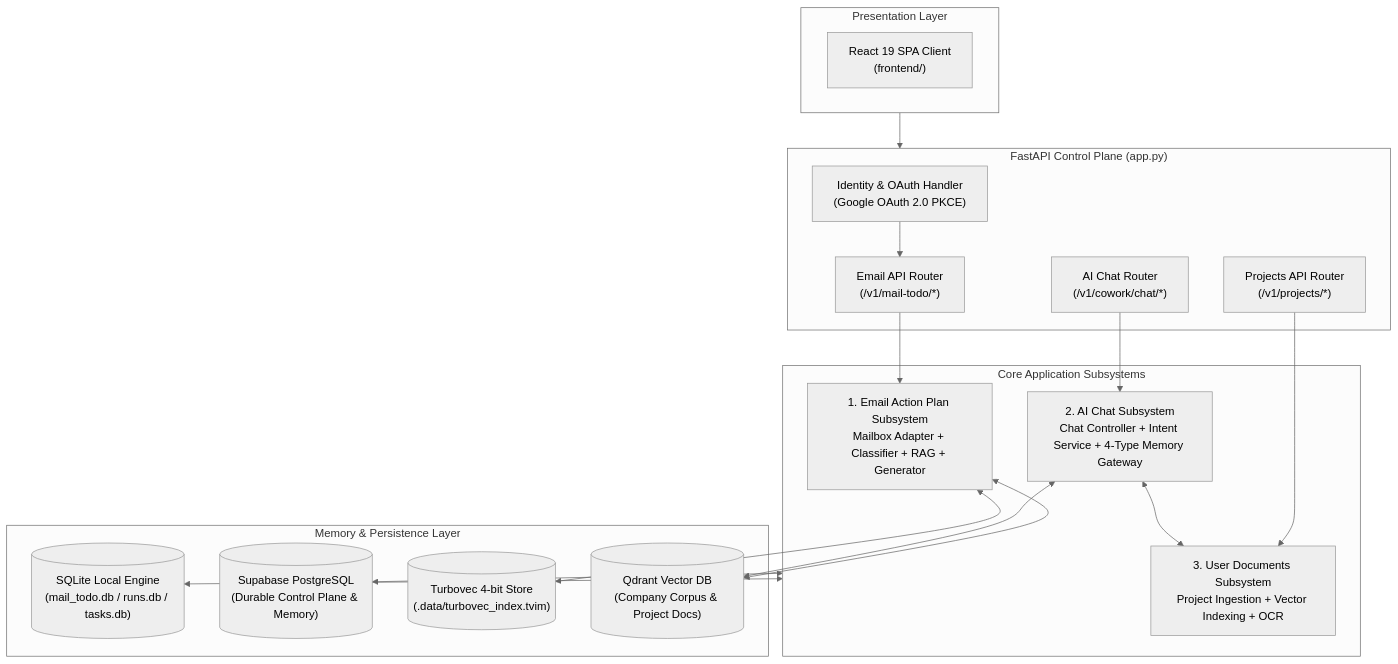
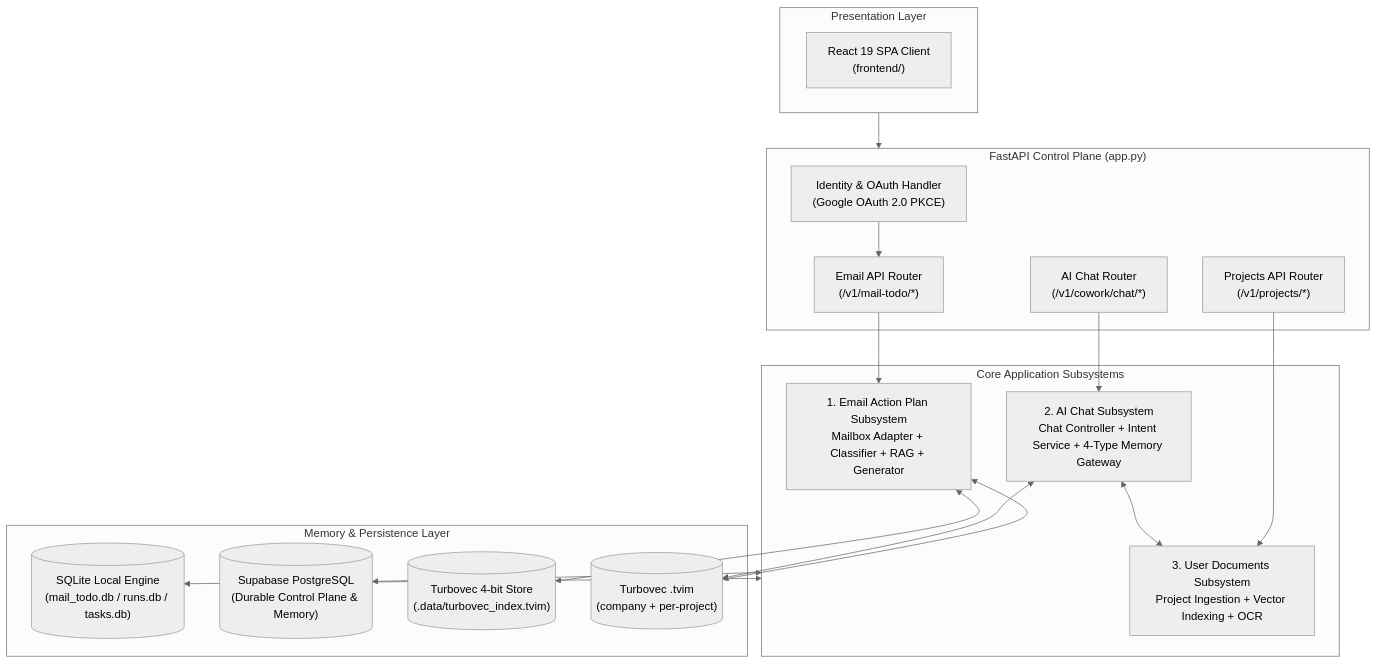
One commit to MathematicGuy/EMAIL-AGENT-v1 changed the diagram in docs/architectures/current-architectures/04-overall-architecture.md. Above: the diagram before and after it, drawn with Mermaid (neutral theme). The commit also changed other lines of this file and 50 other files, not shown here.

First line of the commit message:
Remove company-plane Qdrant and sync ADR-008 docs

````diff
--- a/docs/architectures/current-architectures/04-overall-architecture.md
+++ b/docs/architectures/current-architectures/04-overall-architecture.md
@@ -67,41 +67,41 @@
 ```mermaid
 flowchart TB
     subgraph PRESENTATION["Presentation Layer"]
         REACT["React 19 SPA Client<br/>(frontend/)"]
     end
 
     subgraph CONTROL_PLANE["FastAPI Control Plane (app.py)"]
         AUTH["Identity & OAuth Handler<br/>(Google OAuth 2.0 PKCE)"]
         EMAIL_ROUTER["Email API Router<br/>(/v1/mail-todo/*)"]
         CHAT_ROUTER["AI Chat Router<br/>(/v1/cowork/chat/*)"]
         PROJECT_ROUTER["Projects API Router<br/>(/v1/projects/*)"]
     end
 
     subgraph SUBSYSTEMS["Core Application Subsystems"]
         SUB_EMAIL["1. Email Action Plan Subsystem<br/>Mailbox Adapter + Classifier + RAG + Generator"]
         SUB_CHAT["2. AI Chat Subsystem<br/>Chat Controller + Intent Service + 4-Type Memory Gateway"]
         SUB_DOCS["3. User Documents Subsystem<br/>Project Ingestion + Vector Indexing + OCR"]
     end
 
     subgraph MEMORY_STORES["Memory & Persistence Layer"]
         DB_LOCAL[("SQLite Local Engine<br/>(mail_todo.db / runs.db / tasks.db)")]
         DB_PG[("Supabase PostgreSQL<br/>(Durable Control Plane & Memory)")]
         VEC_TURBO[("Turbovec 4-bit Store<br/>(.data/turbovec_index.tvim)")]
-        VEC_QDRANT[("Qdrant Vector DB<br/>(Company Corpus & Project Docs)")]
+        VEC_QDRANT[("Turbovec .tvim<br/>(company + per-project)")]
     end
 
     PRESENTATION --> CONTROL_PLANE
     AUTH --> EMAIL_ROUTER
     
     EMAIL_ROUTER --> SUB_EMAIL
     CHAT_ROUTER --> SUB_CHAT
     PROJECT_ROUTER --> SUB_DOCS
 
     SUB_CHAT <--> SUB_DOCS
     SUB_EMAIL <--> VEC_TURBO
     SUB_EMAIL <--> VEC_QDRANT
     SUB_CHAT <--> VEC_QDRANT
 
     SUBSYSTEMS <--> DB_LOCAL
     SUBSYSTEMS <--> DB_PG
 ```
````
